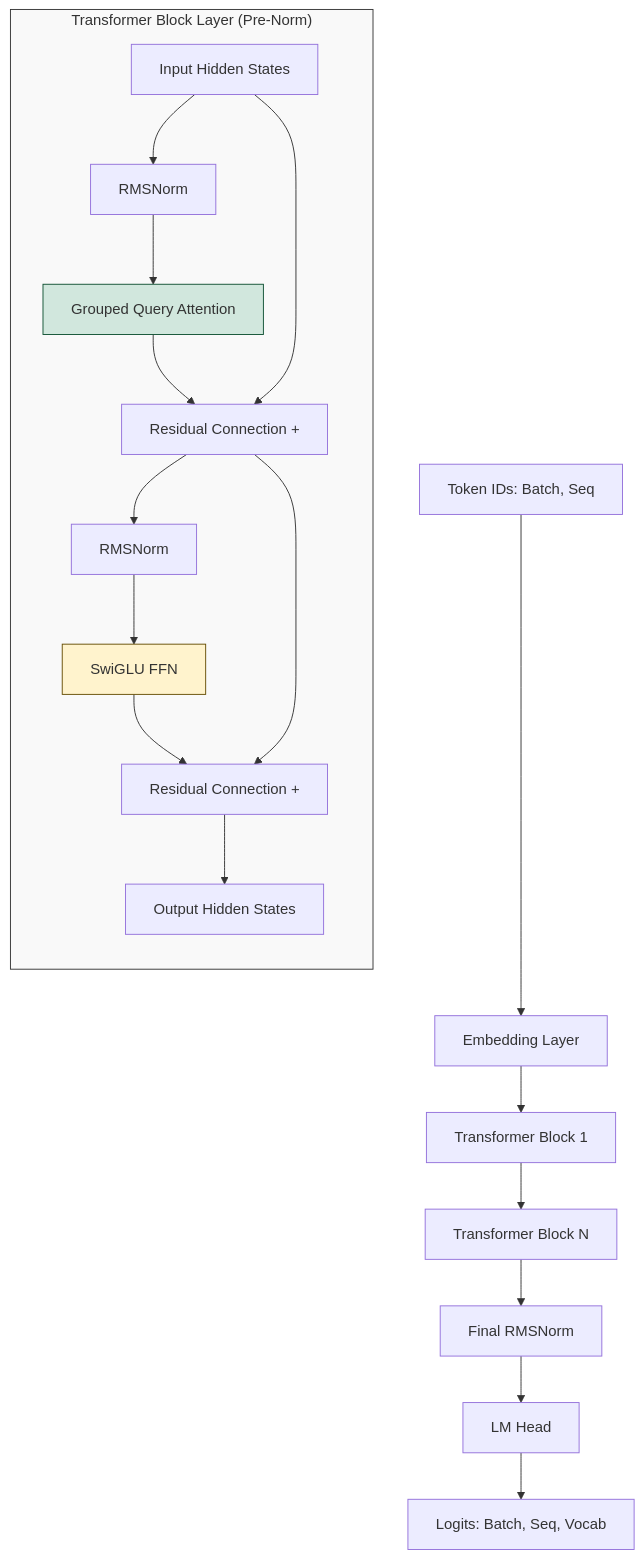
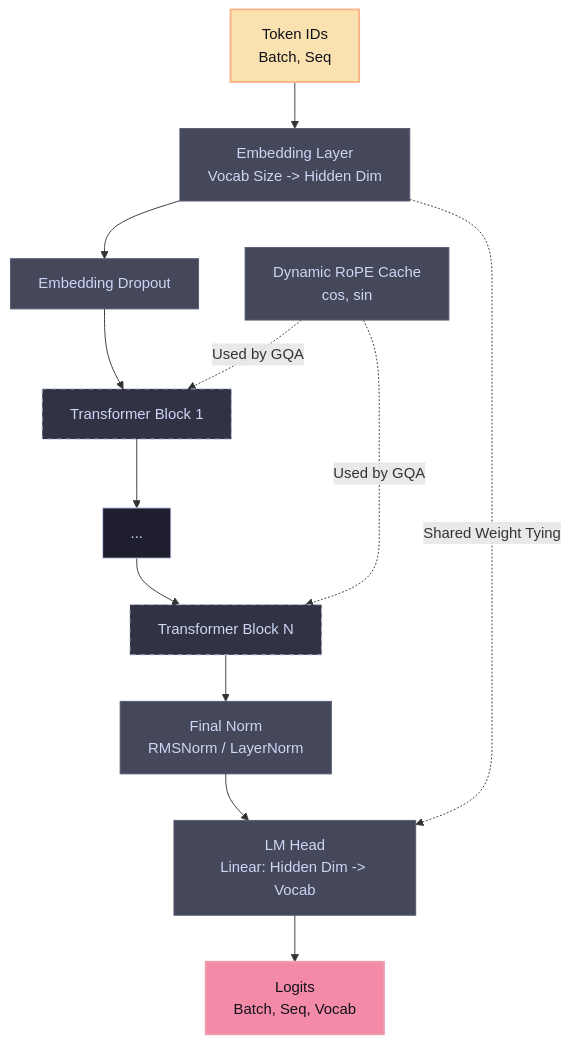
The first of 2 diagrams in README.md (sarimahsan/nova), drawn with Mermaid before and after one commit. The commit also changed other lines of this file, not shown here.

````diff
--- a/README.md
+++ b/README.md
@@ -16,28 +20,29 @@
 ```mermaid
 graph TD
-    Input[Token IDs: Batch, Seq] --> Embed[Embedding Layer]
-    Embed --> Block1[Transformer Block 1]
+    %% Custom Styling
+    classDef default fill:#1e1e2e,stroke:#cdd6f4,stroke-width:1px,color:#cdd6f4;
+    classDef input fill:#f9e2af,stroke:#fab387,stroke-width:2px,color:#11111b;
+    classDef block fill:#313244,stroke:#bac2de,stroke-dasharray: 5 5,color:#cdd6f4;
+    classDef attention fill:#a6e3a1,stroke:#94e2d5,stroke-width:2px,color:#11111b;
+    classDef ffn fill:#b4befe,stroke:#cba6f7,stroke-width:2px,color:#11111b;
+    classDef layer fill:#45475a,stroke:#585b70,stroke-width:1px,color:#cdd6f4;
+    classDef output fill:#f38ba8,stroke:#eba0ac,stroke-width:2px,color:#11111b;
+
+    %% Nodes
+    Input[Token IDs<br>Batch, Seq]:::input --> Embed[Embedding Layer<br>Vocab Size -> Hidden Dim]:::layer
+    Embed --> Drop[Embedding Dropout]:::layer
+    Drop --> Block1[Transformer Block 1]:::block
+    Block1 --> BlockDots[ ... ]
+    BlockDots --> BlockN[Transformer Block N]:::block
     
-    subgraph Block ["Transformer Block Layer (Pre-Norm)"]
-        direction TB
-        B_In[Input Hidden States] --> B_RMS1[RMSNorm]
-        B_RMS1 --> B_GQA[Grouped Query Attention]
-        B_GQA --> B_Add1[Residual Connection +]
-        B_In --> B_Add1
-        
-        B_Add1 --> B_RMS2[RMSNorm]
-        B_RMS2 --> B_FFN[SwiGLU FFN]
-        B_FFN --> B_Add2[Residual Connection +]
-        B_Add1 --> B_Add2
-        B_Add2 --> B_Out[Output Hidden States]
-    end
+    %% Dynamic RoPE Cache
+    RoPECache[Dynamic RoPE Cache<br>cos, sin]:::layer -.-> |Used by GQA| Block1
+    RoPECache -.-> |Used by GQA| BlockN
     
-    Block1 --> BlockN[Transformer Block N]
-    BlockN --> FinalNorm[Final RMSNorm]
-    FinalNorm --> LMHead[LM Head]
-    LMHead --> Output[Logits: Batch, Seq, Vocab]
+    BlockN --> FinalNorm[Final Norm<br>RMSNorm / LayerNorm]:::layer
+    FinalNorm --> LMHead[LM Head<br>Linear: Hidden Dim -> Vocab]:::layer
+    LMHead --> Logits[Logits<br>Batch, Seq, Vocab]:::output
     
-    style Block fill:#f9f9f9,stroke:#333,stroke-width:1px
-    style B_GQA fill:#d1e7dd,stroke:#0f5132,stroke-width:1px
-    style B_FFN fill:#fff3cd,stroke:#664d03,stroke-width:1px
+    %% Tied Weights Link
+    Embed -.->|Shared Weight Tying| LMHead
 ```
````
